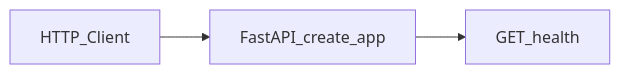
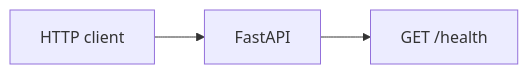
One commit to JordyNicholas/Specwright changed the first of 2 diagrams in docs/ARCHITECTURE.md. Above: the diagram before and after it, drawn with Mermaid. The commit also changed other lines of this file and 39 other files, not shown here.

````diff
--- a/docs/ARCHITECTURE.md
+++ b/docs/ARCHITECTURE.md
@@ -5,5 +5,5 @@
 ```mermaid
 flowchart LR
-  client[HTTP_Client] --> api[FastAPI_create_app]
-  api --> health[GET_health]
+  client[HTTP client] --> api[FastAPI]
+  api --> health[GET /health]
 ```
````
